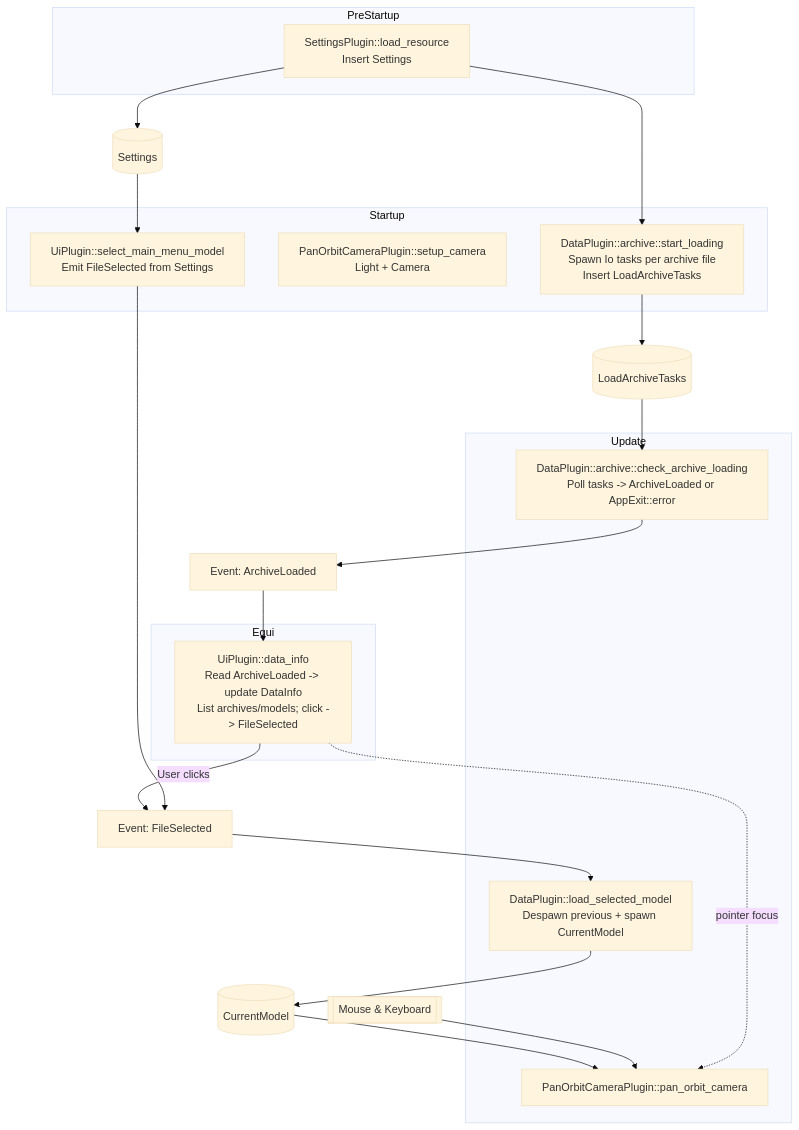
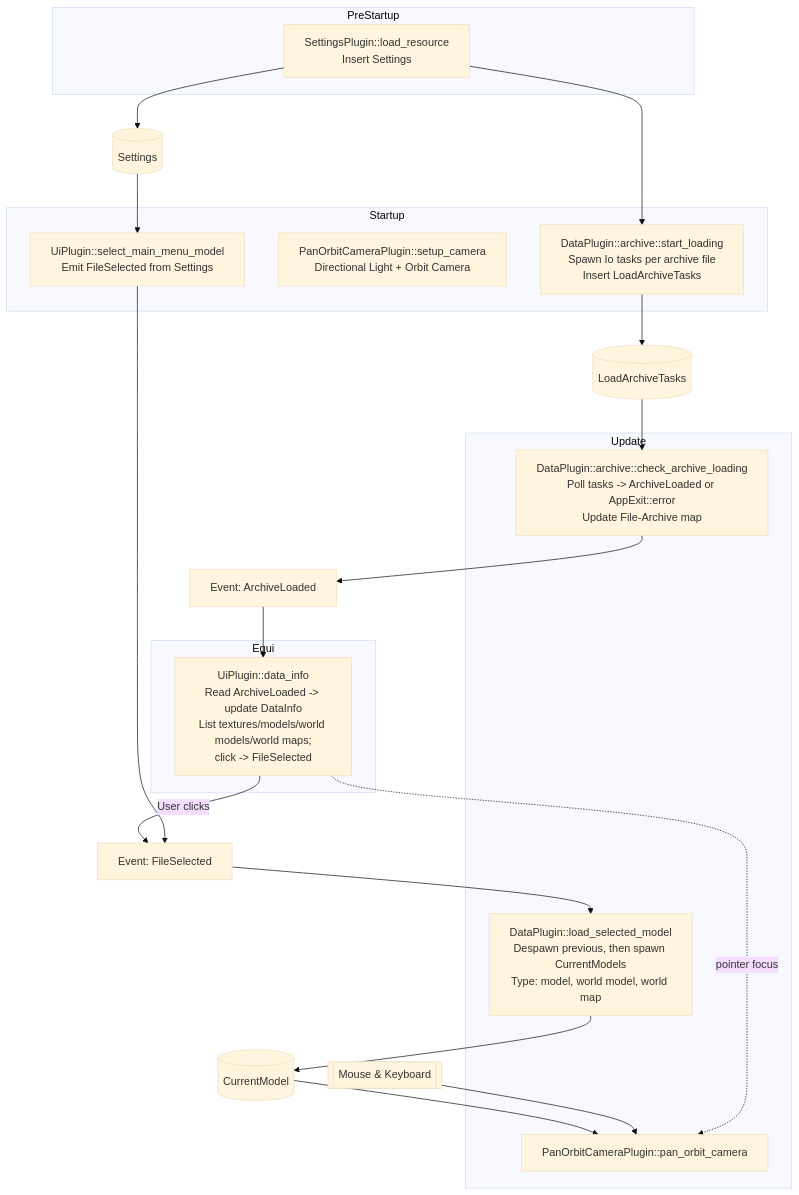
Before and after one commit to nocthir/worgen-rs: the diagram in ARCHITECTURE.md, drawn with Mermaid (base theme). The commit also changed other lines of this file, not shown here.

Commit message:
docs: Update architecture

````diff
--- a/ARCHITECTURE.md
+++ b/ARCHITECTURE.md
@@ -53,38 +58,38 @@
 ```mermaid
 flowchart TD
     subgraph PreStartup
         A[SettingsPlugin::load_resource<br/>Insert Settings]
     end
 
     subgraph Startup
         B[DataPlugin::archive::start_loading<br/>Spawn Io tasks per archive file<br/>Insert LoadArchiveTasks]
-        C[PanOrbitCameraPlugin::setup_camera<br/>Light + Camera]
+        C[PanOrbitCameraPlugin::setup_camera<br/>Directional Light + Orbit Camera]
         E[UiPlugin::select_main_menu_model<br/>Emit FileSelected from Settings]
     end
 
     A --> ST[(Settings)]
     B --> LT[(LoadArchiveTasks)]
     A --> B
     ST --> E
 
     subgraph Update
-        D[DataPlugin::archive::check_archive_loading<br/>Poll tasks -> ArchiveLoaded or AppExit::error]
-        F[DataPlugin::load_selected_model<br/>Despawn previous + spawn CurrentModel]
+        D[DataPlugin::archive::check_archive_loading<br/>Poll tasks -> ArchiveLoaded or AppExit::error<br/>Update File-Archive map]
+        F[DataPlugin::load_selected_model<br/>Despawn previous, then spawn CurrentModels<br/>Type: model, world model, world map]
         G[PanOrbitCameraPlugin::pan_orbit_camera]
     end
 
     subgraph Egui
-        H[UiPlugin::data_info<br/>Read ArchiveLoaded -> update DataInfo<br/>List archives/models; click -> FileSelected]
+        H[UiPlugin::data_info<br/>Read ArchiveLoaded -> update DataInfo<br/>List textures/models/world models/world maps;<br/>click -> FileSelected]
     end
 
     D --> AL[Event: ArchiveLoaded]
     LT --> D
     AL --> H
     H -->|User clicks| MS[Event: FileSelected]
     E --> MS
     MS --> F
     F --> CM[(CurrentModel)]
     CM --> G
     Input[[Mouse & Keyboard]] --> G
     H -. pointer focus .-> G
 ```
````
